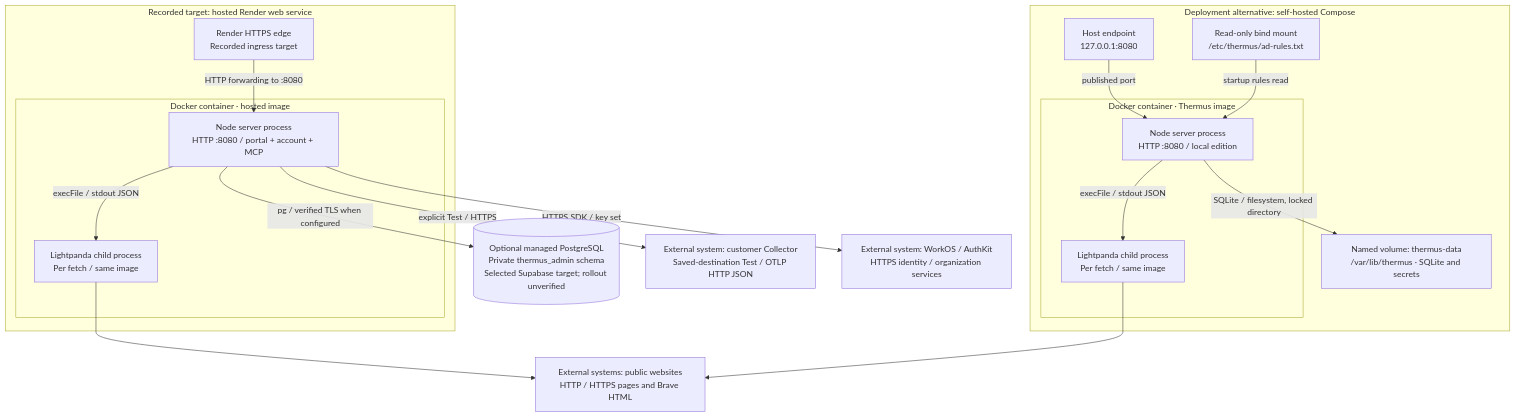
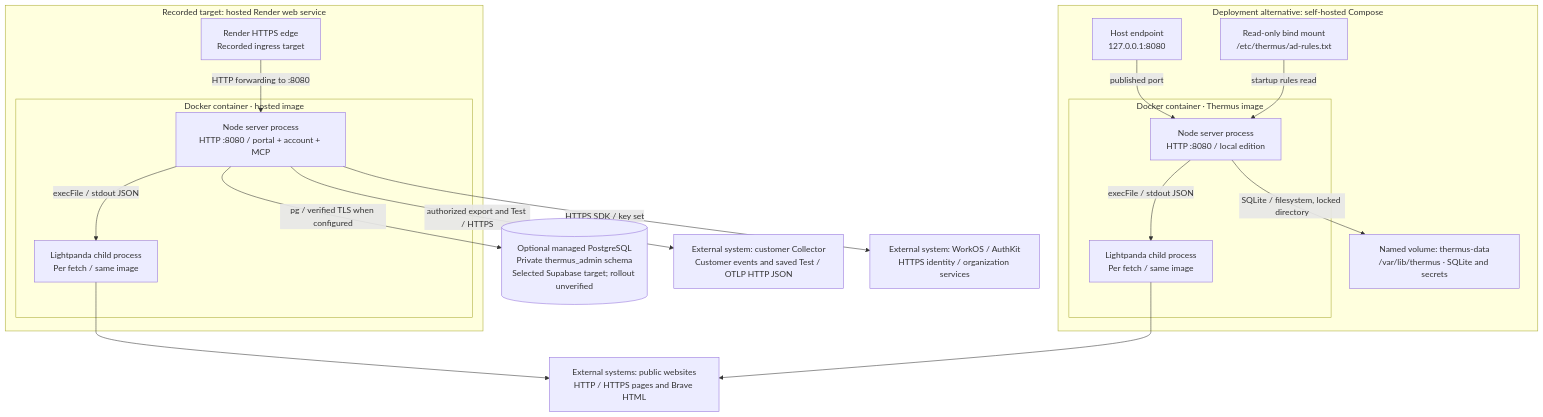
One commit to tomer-mayara/Thermus changed diagram 13 of 13 in architecture/components.md. Above: the diagram before and after it, drawn with Mermaid. The commit also changed other lines of this file and 13 other files, not shown here.

````diff
--- a/architecture/components.md
+++ b/architecture/components.md
@@ -804,35 +850,35 @@
 ```mermaid
 %%{init: {"flowchart": {"wrappingWidth": 260}}}%%
 flowchart TB
   subgraph deploy_local["Deployment alternative: self-hosted Compose"]
     deploy_loopback["Host endpoint<br/>127.0.0.1:8080"]
     subgraph deploy_local_docker["Docker container · Thermus image"]
       deploy_local_node["Node server process<br/>HTTP :8080 / local edition"]
       deploy_local_child["Lightpanda child process<br/>Per fetch / same image"]
     end
     deploy_volume["Named volume: thermus-data<br/>/var/lib/thermus · SQLite and secrets"]
     deploy_rules["Read-only bind mount<br/>/etc/thermus/ad-rules.txt"]
     deploy_loopback -->|published port| deploy_local_node
     deploy_local_node -->|execFile / stdout JSON| deploy_local_child
     deploy_local_node -->|SQLite / filesystem, locked directory| deploy_volume
     deploy_rules -->|startup rules read| deploy_local_node
   end
   subgraph deploy_hosted["Recorded target: hosted Render web service"]
     deploy_edge["Render HTTPS edge<br/>Recorded ingress target"]
     subgraph deploy_hosted_docker["Docker container · hosted image"]
       deploy_hosted_node["Node server process<br/>HTTP :8080 / portal + account + MCP"]
       deploy_hosted_child["Lightpanda child process<br/>Per fetch / same image"]
     end
     deploy_edge -->|HTTP forwarding to :8080| deploy_hosted_node
     deploy_hosted_node -->|execFile / stdout JSON| deploy_hosted_child
   end
   deploy_settings[("Optional managed PostgreSQL<br/>Private thermus_admin schema<br/>Selected Supabase target; rollout unverified")]
   deploy_hosted_node -->|pg / verified TLS when configured| deploy_settings
-  deploy_collector["External system: customer Collector<br/>Saved-destination Test / OTLP HTTP JSON"]
-  deploy_hosted_node -->|explicit Test / HTTPS| deploy_collector
+  deploy_collector["External system: customer Collector<br/>Customer events and saved Test / OTLP HTTP JSON"]
+  deploy_hosted_node -->|authorized export and Test / HTTPS| deploy_collector
   deploy_workos["External system: WorkOS / AuthKit<br/>HTTPS identity / organization services"]
   deploy_public["External systems: public websites<br/>HTTP / HTTPS pages and Brave HTML"]
   deploy_hosted_node -->|HTTPS SDK / key set| deploy_workos
   deploy_hosted_child --> deploy_public
   deploy_local_child --> deploy_public
 ```
````
